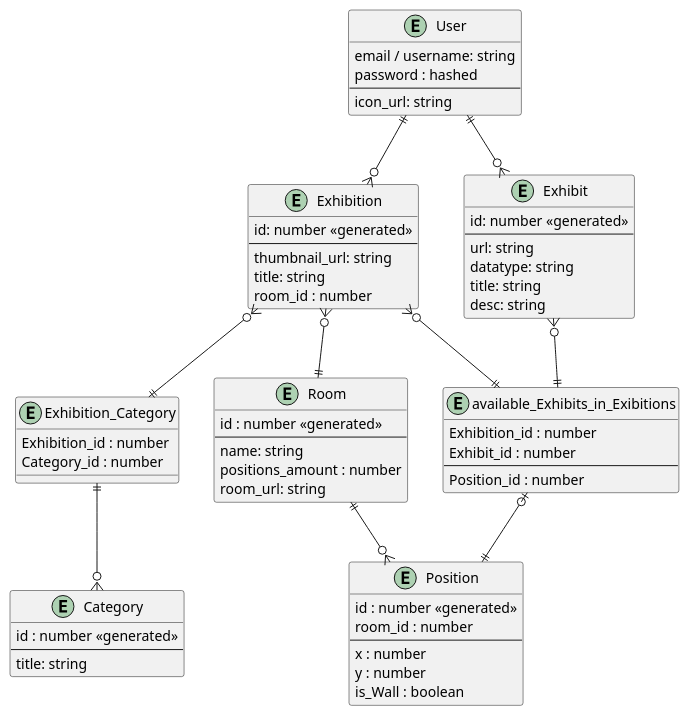
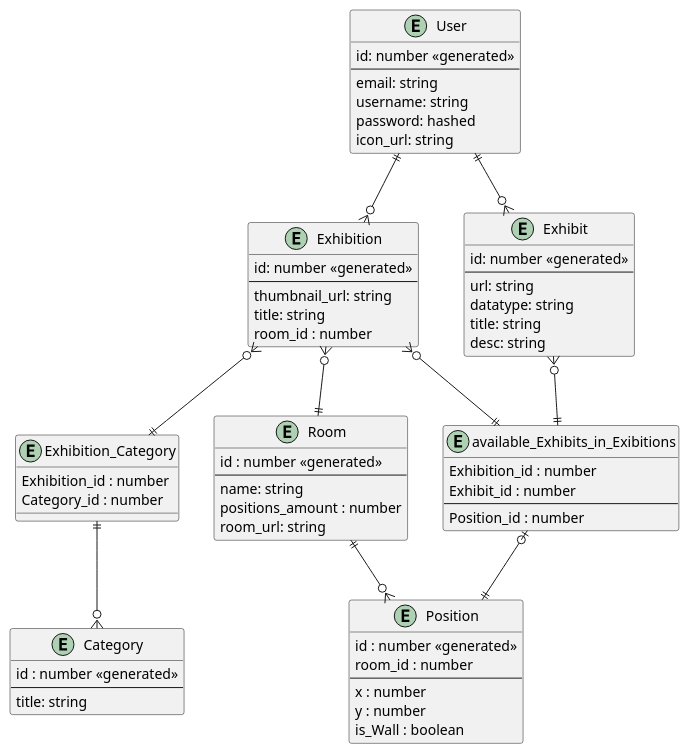
Before and after one commit to L0R3N7/3D-Portfolio-Gallery: the diagram in ERD/erd.wsd, drawn with PlantUML.

```diff
--- a/ERD/erd.wsd
+++ b/ERD/erd.wsd
@@ -1,72 +1,74 @@
 @startuml
 entity User {
-    email / username: string
-    password : hashed
+    id: number <<generated>>
     --
+    email: string
+    username: string
+    password: hashed
     icon_url: string
 }
 
 entity Exhibition {
     id: number <<generated>>
     --
     thumbnail_url: string
     title: string
     room_id : number
 }
 
 entity Room {
     id : number <<generated>>
     --
     name: string
     positions_amount : number
     room_url: string
 }
 
 entity Position{
     id : number <<generated>>
     room_id : number
     ---
     x : number
     y : number
     is_Wall : boolean
 }
 
 entity Exhibition_Category {
     Exhibition_id : number
     Category_id : number
 }
 
 entity Category{
    id : number <<generated>>
    --
    title: string
 }
 
 entity Exhibit {
     id: number <<generated>> 
     --
     url: string
     datatype: string
     title: string
     desc: string
 }
 
 entity available_Exhibits_in_Exibitions{
     Exhibition_id : number
     Exhibit_id : number
     ---
     Position_id : number
 }
 
 User ||--o{ Exhibition
 User ||--o{ Exhibit
 Exhibition }o--|| available_Exhibits_in_Exibitions
 Exhibit }o--|| available_Exhibits_in_Exibitions
 available_Exhibits_in_Exibitions |o--|| Position
 Exhibition }o--|| Exhibition_Category
 Exhibition_Category ||--o{ Category
 Room ||--o{ Position
 Exhibition }o--|| Room
 
 
 @enduml
```
